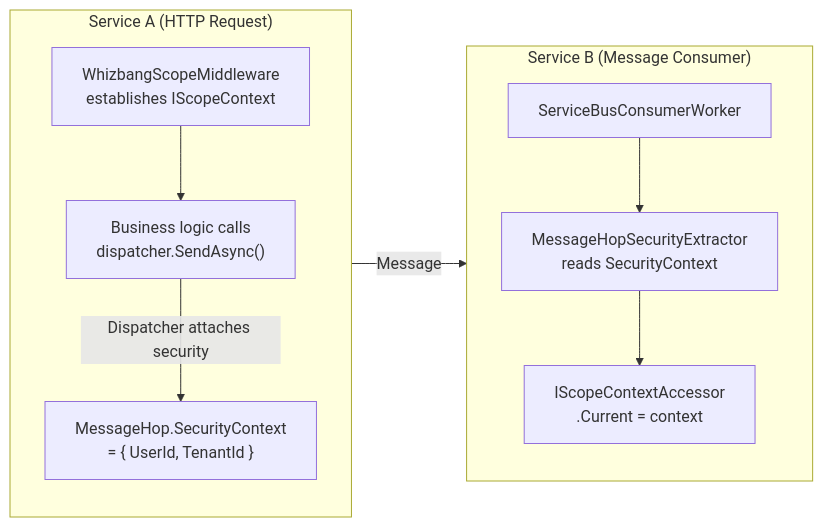
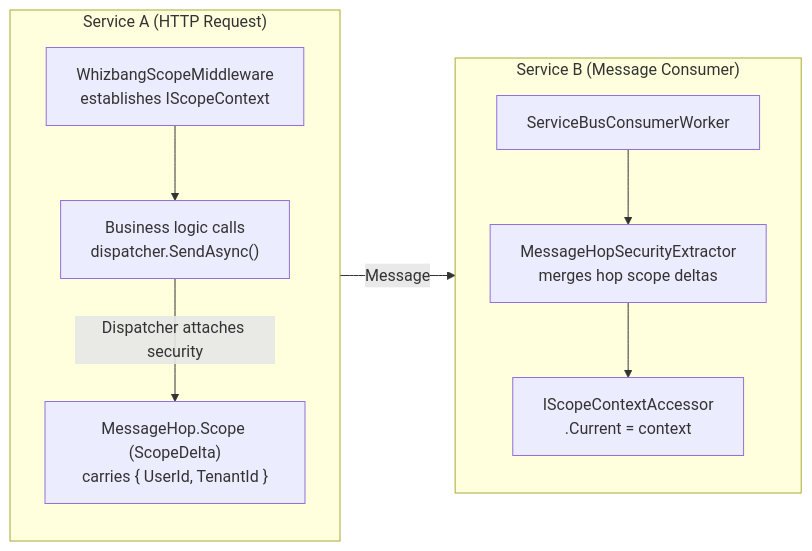
Before and after one commit to whizbang-lib/whizbang-lib.github.io: the fourth of 4 diagrams in src/assets/docs/v1.0.0/fundamentals/security/message-security.md, drawn with Mermaid. The commit also changed other lines of this file and 14 other files, not shown here.

````diff
--- a/src/assets/docs/v1.0.0/fundamentals/security/message-security.md
+++ b/src/assets/docs/v1.0.0/fundamentals/security/message-security.md
@@ -863,22 +846,22 @@
 ```mermaid
 flowchart LR
     subgraph ServiceA["Service A (HTTP Request)"]
         direction TB
         Middleware["WhizbangScopeMiddleware<br/>establishes IScopeContext"]
         Logic["Business logic calls<br/>dispatcher.SendAsync()"]
-        Hop["MessageHop.SecurityContext<br/>= { UserId, TenantId }"]
+        Hop["MessageHop.Scope (ScopeDelta)<br/>carries { UserId, TenantId }"]
         Middleware --> Logic
         Logic -->|"Dispatcher attaches security"| Hop
     end
 
     subgraph ServiceB["Service B (Message Consumer)"]
         direction TB
         Consumer["ServiceBusConsumerWorker"]
-        Extractor["MessageHopSecurityExtractor<br/>reads SecurityContext"]
+        Extractor["MessageHopSecurityExtractor<br/>merges hop scope deltas"]
         Accessor["IScopeContextAccessor<br/>.Current = context"]
         Consumer --> Extractor
         Extractor --> Accessor
     end
 
     Hop -->|"Message"| Consumer
 ```
````
